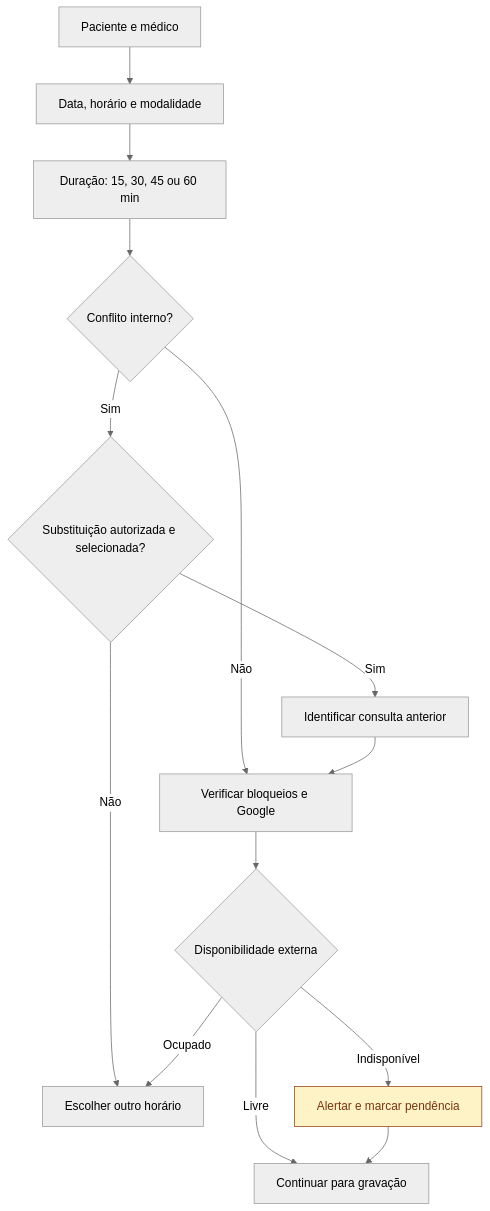
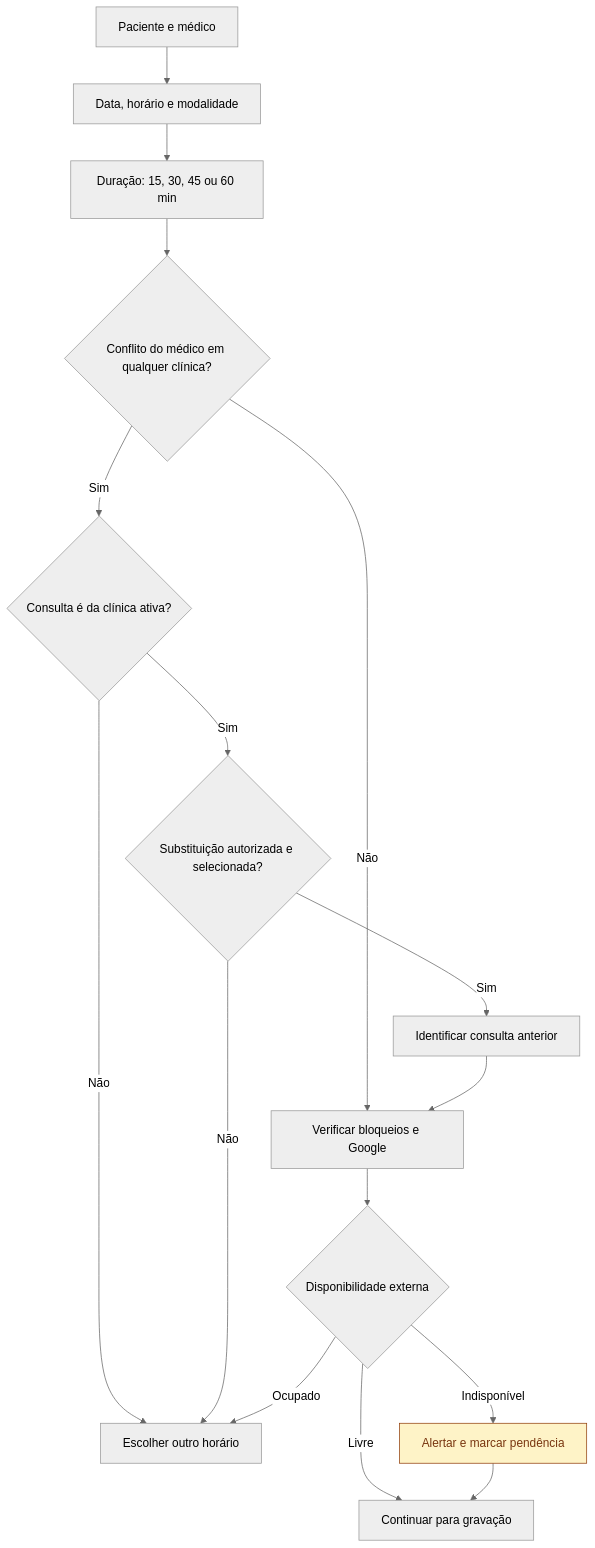
Before and after one commit to ArthurSarva/IntegraConsultas: the third of 9 diagrams in docs/fluxograma-sistema.md, drawn with Mermaid (neutral theme). The commit also changed other lines of this file, not shown here.

Commit message:
docs: ajustar fluxo de conflito entre clinicas e substituicao

````diff
--- a/docs/fluxograma-sistema.md
+++ b/docs/fluxograma-sistema.md
@@ -60,18 +60,20 @@
 ```mermaid
 flowchart TD
  A["Paciente e médico"] --> B["Data, horário e modalidade"]
  B --> C["Duração: 15, 30, 45 ou 60 min"]
- C --> D{"Conflito interno?"}
+ C --> D{"Conflito do médico em qualquer clínica?"}
  D -->|Não| E["Verificar bloqueios e Google"]
- D -->|Sim| F{"Substituição autorizada e selecionada?"}
+ D -->|Sim| Z{"Consulta é da clínica ativa?"}
+ Z -->|Não| G
+ Z -->|Sim| F{"Substituição autorizada e selecionada?"}
  F -->|Não| G["Escolher outro horário"]
  F -->|Sim| H["Identificar consulta anterior"]
  H --> E
  E --> I{"Disponibilidade externa"}
  I -->|Ocupado| G
  I -->|Livre| J["Continuar para gravação"]
  I -->|Indisponível| K["Alertar e marcar pendência"]
  K --> J
  classDef alerta fill:#fef3c7,stroke:#92400e,color:#78350f;
  class K alerta;
 ```
````
